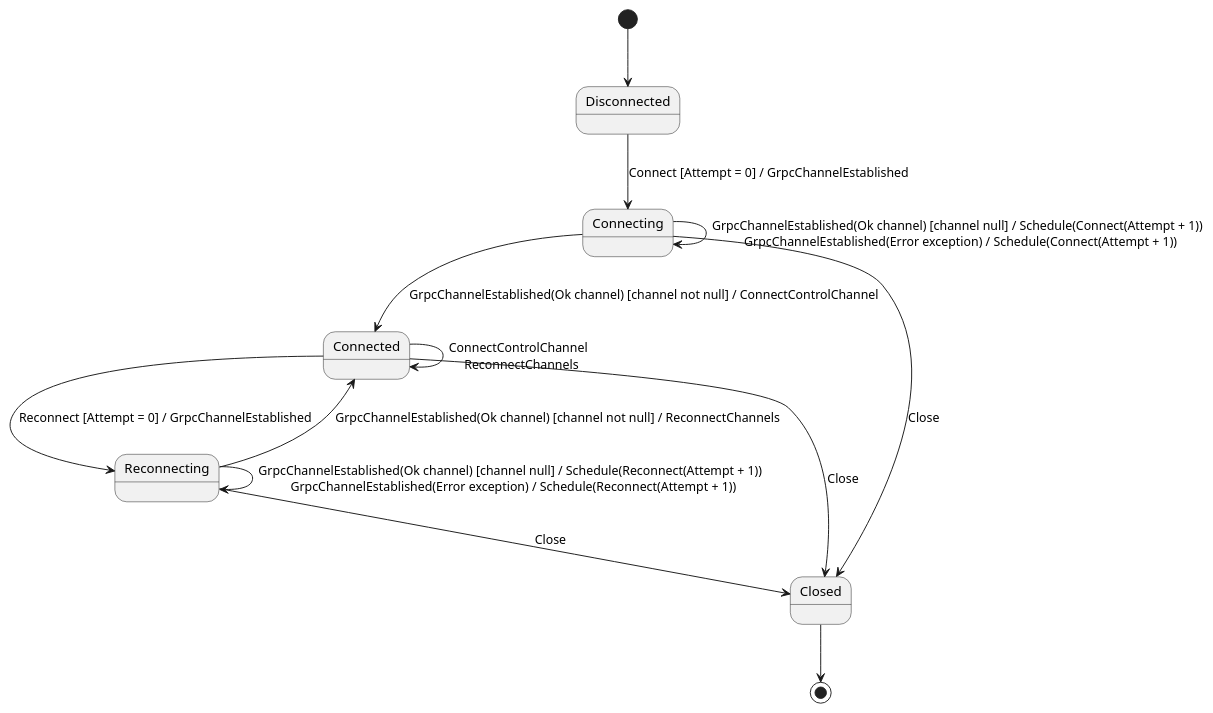
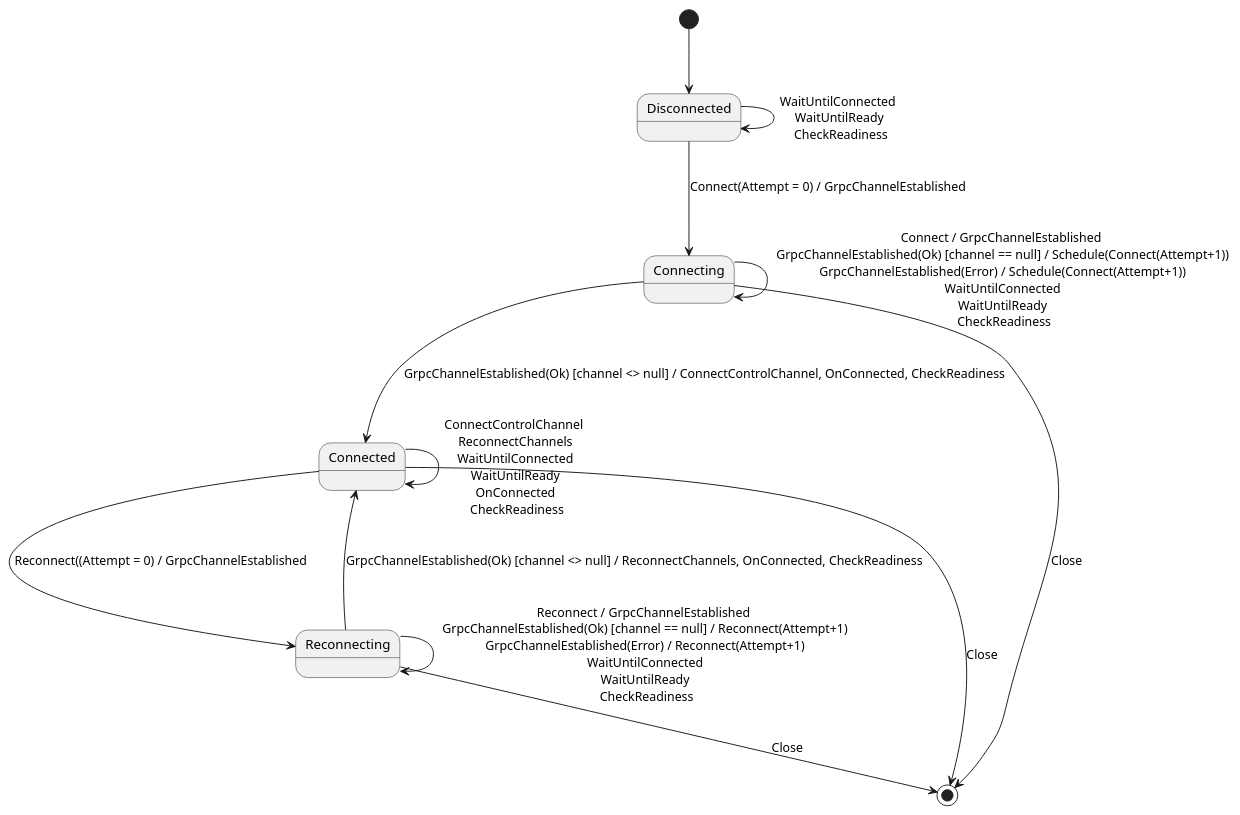
Before and after one commit to AxonIQ/axonserver-connector-dotnet: the diagram in src/AxonIQ.AxonServer.Connector/AxonServerConnectionMachine.plantuml, drawn with PlantUML. The commit also changed 42 other files, not shown here.

```diff
--- a/src/AxonIQ.AxonServer.Connector/AxonServerConnectionMachine.plantuml
+++ b/src/AxonIQ.AxonServer.Connector/AxonServerConnectionMachine.plantuml
@@ -1,14 +1,14 @@
 @startuml AxonServerConnection state machine
 [*] --> Disconnected
-Disconnected --> Connecting: Connect [Attempt = 0] / GrpcChannelEstablished
-Connecting --> Connected: GrpcChannelEstablished(Ok channel) [channel not null] / ConnectControlChannel
-Connecting --> Connecting: GrpcChannelEstablished(Ok channel) [channel null] / Schedule(Connect(Attempt + 1)) \n GrpcChannelEstablished(Error exception) / Schedule(Connect(Attempt + 1))
-Connected --> Reconnecting: Reconnect [Attempt = 0] / GrpcChannelEstablished
-Reconnecting --> Reconnecting: GrpcChannelEstablished(Ok channel) [channel null] / Schedule(Reconnect(Attempt + 1)) \n GrpcChannelEstablished(Error exception) / Schedule(Reconnect(Attempt + 1))
-Reconnecting --> Connected: GrpcChannelEstablished(Ok channel) [channel not null] / ReconnectChannels
-Connected --> Connected: ConnectControlChannel \n ReconnectChannels
-Connected --> Closed: Close
-Connecting --> Closed: Close
-Reconnecting --> Closed: Close
-Closed --> [*]
+Disconnected-->Disconnected: WaitUntilConnected \n WaitUntilReady \n CheckReadiness
+Disconnected-->Connecting: Connect(Attempt = 0) / GrpcChannelEstablished
+Connecting-->Connecting: Connect / GrpcChannelEstablished \n GrpcChannelEstablished(Ok) [channel == null] / Schedule(Connect(Attempt+1)) \n GrpcChannelEstablished(Error) / Schedule(Connect(Attempt+1)) \n WaitUntilConnected \n WaitUntilReady \n CheckReadiness
+Connecting-->Connected: GrpcChannelEstablished(Ok) [channel <> null] / ConnectControlChannel, OnConnected, CheckReadiness
+Connected-->Reconnecting: Reconnect((Attempt = 0) / GrpcChannelEstablished
+Reconnecting-->Reconnecting: Reconnect / GrpcChannelEstablished \n GrpcChannelEstablished(Ok) [channel == null] / Reconnect(Attempt+1) \n GrpcChannelEstablished(Error) / Reconnect(Attempt+1) \n WaitUntilConnected \n WaitUntilReady \n CheckReadiness
+Reconnecting-->Connected: GrpcChannelEstablished(Ok) [channel <> null] / ReconnectChannels, OnConnected, CheckReadiness
+Connected-->Connected: ConnectControlChannel \n ReconnectChannels \n WaitUntilConnected \n WaitUntilReady \n OnConnected \n CheckReadiness
+Connected --> [*]: Close
+Connecting --> [*]: Close
+Reconnecting --> [*]: Close
 @enduml
```
